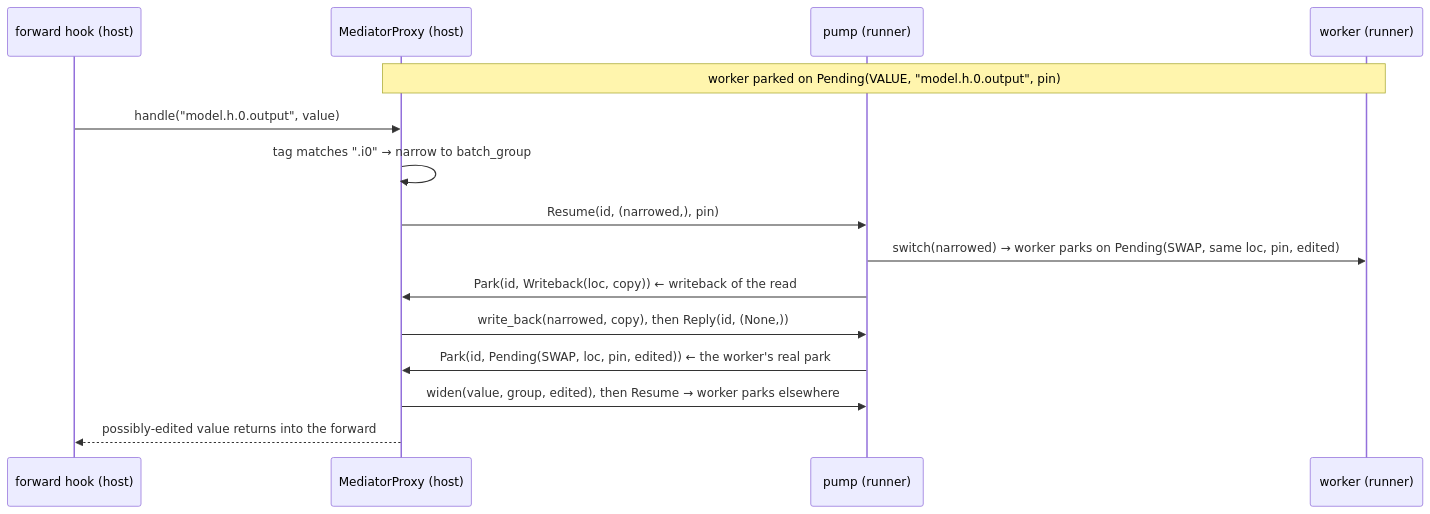
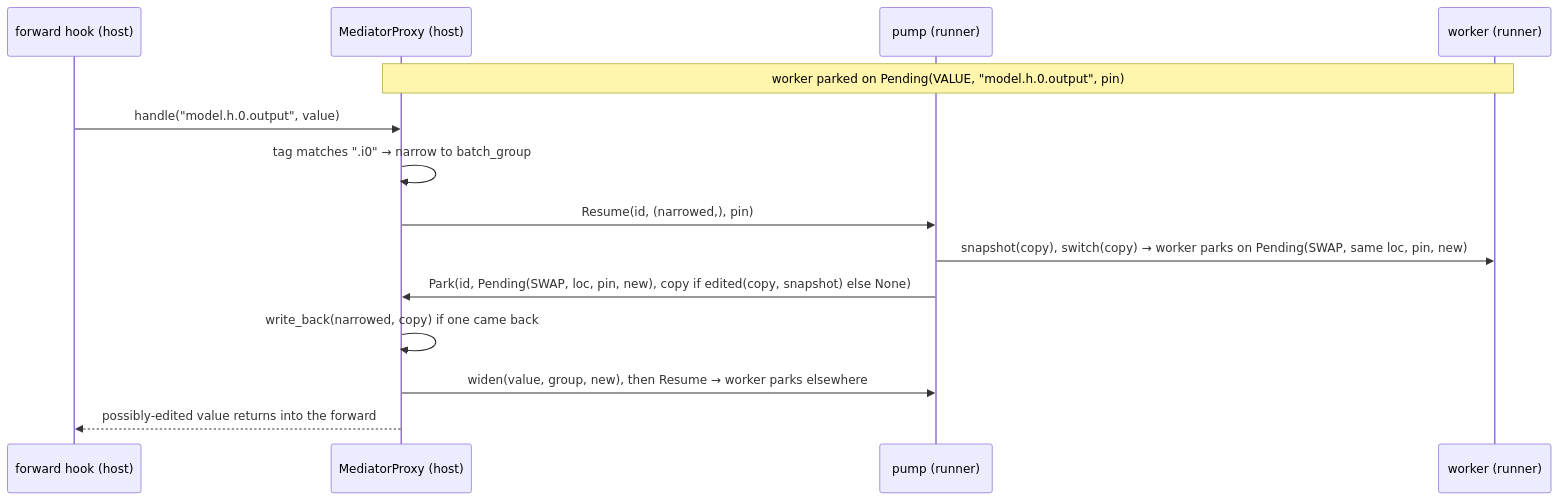
One commit to ndif-team/ndif changed the diagram in docs/developing/sandbox-internals.md. Above: the diagram before and after it, drawn with Mermaid. The commit also changed other lines of this file and 11 other files, not shown here.

First line of the commit message:
sandbox: send a read back only when the block edited it

````diff
--- a/docs/developing/sandbox-internals.md
+++ b/docs/developing/sandbox-internals.md
@@ -321,17 +321,16 @@
 ```mermaid
 sequenceDiagram
   participant F as forward hook (host)
   participant P as MediatorProxy (host)
   participant U as pump (runner)
   participant W as worker (runner)
   Note over W,P: worker parked on Pending(VALUE, "model.h.0.output", pin)
   F->>P: handle("model.h.0.output", value)
   P->>P: tag matches ".i0" → narrow to batch_group
   P->>U: Resume(id, (narrowed,), pin)
-  U->>W: switch(narrowed) → worker parks on Pending(SWAP, same loc, pin, edited)
-  U->>P: Park(id, Writeback(loc, copy))  ← writeback of the read
-  P->>U: write_back(narrowed, copy), then Reply(id, (None,))
-  U->>P: Park(id, Pending(SWAP, loc, pin, edited))  ← the worker's real park
-  P->>U: widen(value, group, edited), then Resume → worker parks elsewhere
+  U->>W: snapshot(copy), switch(copy) → worker parks on Pending(SWAP, same loc, pin, new)
+  U->>P: Park(id, Pending(SWAP, loc, pin, new), copy if edited(copy, snapshot) else None)
+  P->>P: write_back(narrowed, copy) if one came back
+  P->>U: widen(value, group, new), then Resume → worker parks elsewhere
   P-->>F: possibly-edited value returns into the forward
 ```
````
